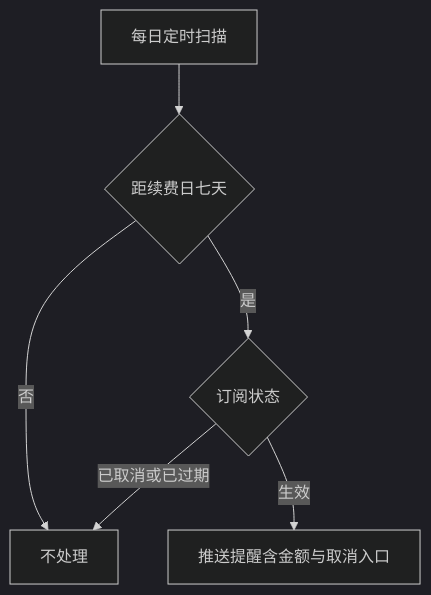
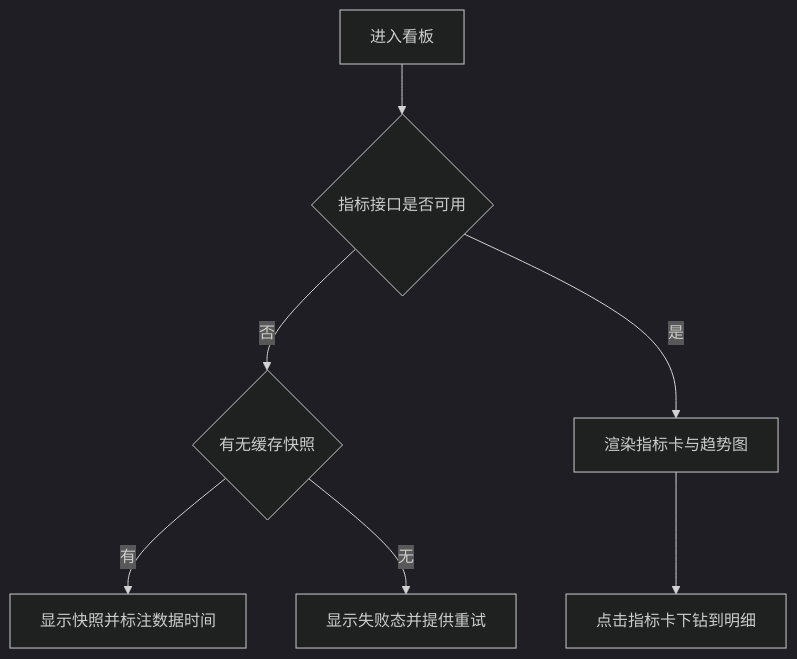
One commit to CharlesHYF/charles-prd-skill changed the third of 3 diagrams in templates/export/sample-prd.md. Above: the diagram before and after it, drawn with Mermaid (dark theme). The commit also changed other lines of this file and 11 other files, not shown here.

````diff
--- a/templates/export/sample-prd.md
+++ b/templates/export/sample-prd.md
@@ -146,8 +161,9 @@
 ```mermaid
 flowchart TD
-	A[每日定时扫描] --> B{距续费日七天}
-	B -- 否 --> C[不处理]
-	B -- 是 --> D{订阅状态}
-	D -- 已取消或已过期 --> C
-	D -- 生效 --> E[推送提醒含金额与取消入口]
+	A[进入看板] --> B{指标接口是否可用}
+	B -- 否 --> C{有无缓存快照}
+	C -- 有 --> D[显示快照并标注数据时间]
+	C -- 无 --> E[显示失败态并提供重试]
+	B -- 是 --> F[渲染指标卡与趋势图]
+	F --> G[点击指标卡下钻到明细]
 ```
````
